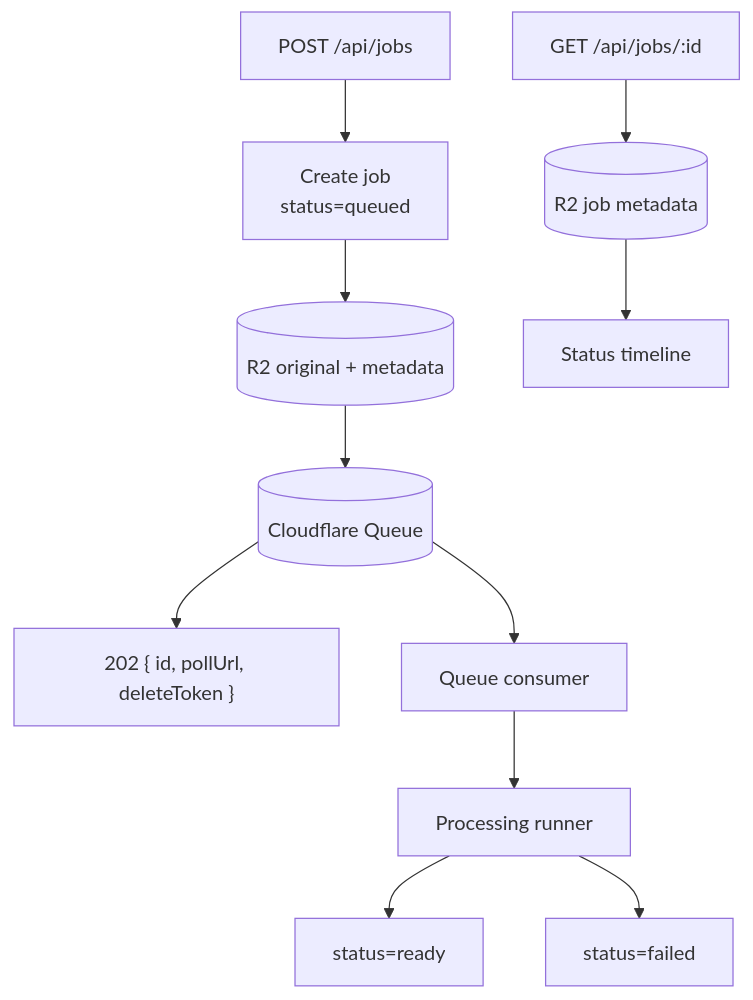
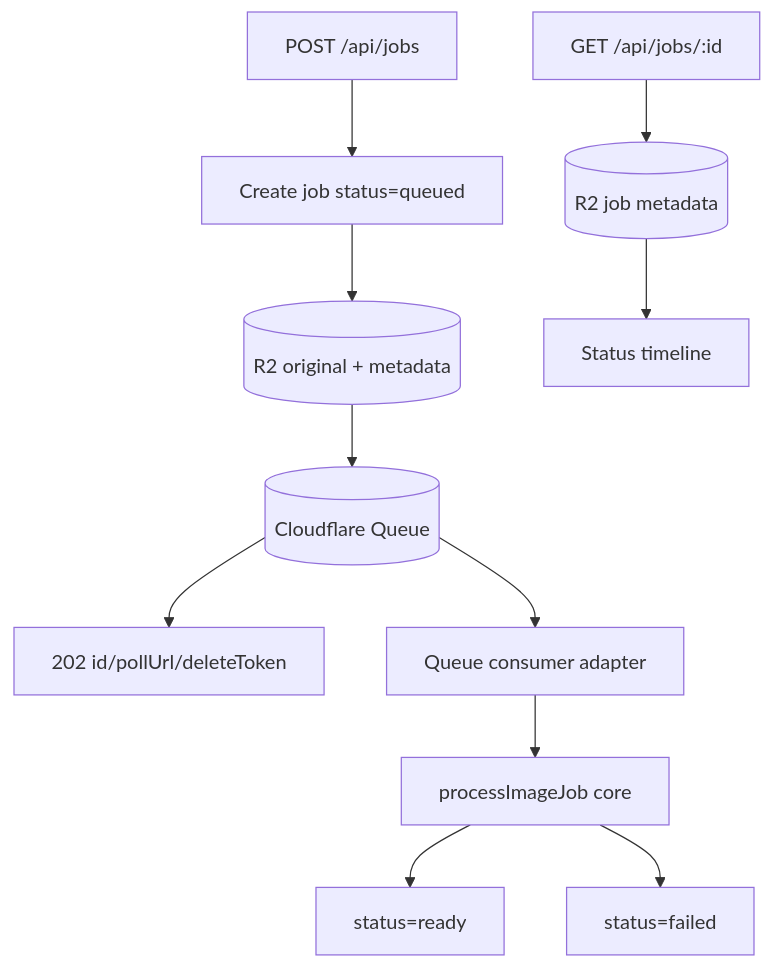
Before and after one commit to ozby/edge-matte: the tenth of 10 diagrams in docs/architecture.md, drawn with Mermaid. The commit also changed other lines of this file and 7 other files, not shown here.

First line of the commit message:
Make architecture drift visible before docs and plans diverge

````diff
--- a/docs/architecture.md
+++ b/docs/architecture.md
@@ -179,15 +274,15 @@
 ```mermaid
 flowchart TD
-    POST["POST /api/jobs"] --> CREATE["Create job<br/>status=queued"]
+    POST[POST /api/jobs] --> CREATE[Create job status=queued]
     CREATE --> PUT[(R2 original + metadata)]
     PUT --> ENQUEUE[(Cloudflare Queue)]
-    ENQUEUE --> RESPONSE["202 { id, pollUrl, deleteToken }"]
+    ENQUEUE --> RESPONSE[202 id/pollUrl/deleteToken]
 
-    ENQUEUE --> CONSUMER[Queue consumer]
-    CONSUMER --> RUNNER[Processing runner]
-    RUNNER --> READY["status=ready"]
-    RUNNER --> FAILED["status=failed"]
+    ENQUEUE --> CONSUMER[Queue consumer adapter]
+    CONSUMER --> CORE[processImageJob core]
+    CORE --> READY[status=ready]
+    CORE --> FAILED[status=failed]
 
-    POLL["GET /api/jobs/:id"] --> STATUS[(R2 job metadata)]
+    POLL[GET /api/jobs/:id] --> STATUS[(R2 job metadata)]
     STATUS --> UI[Status timeline]
 ```
````
